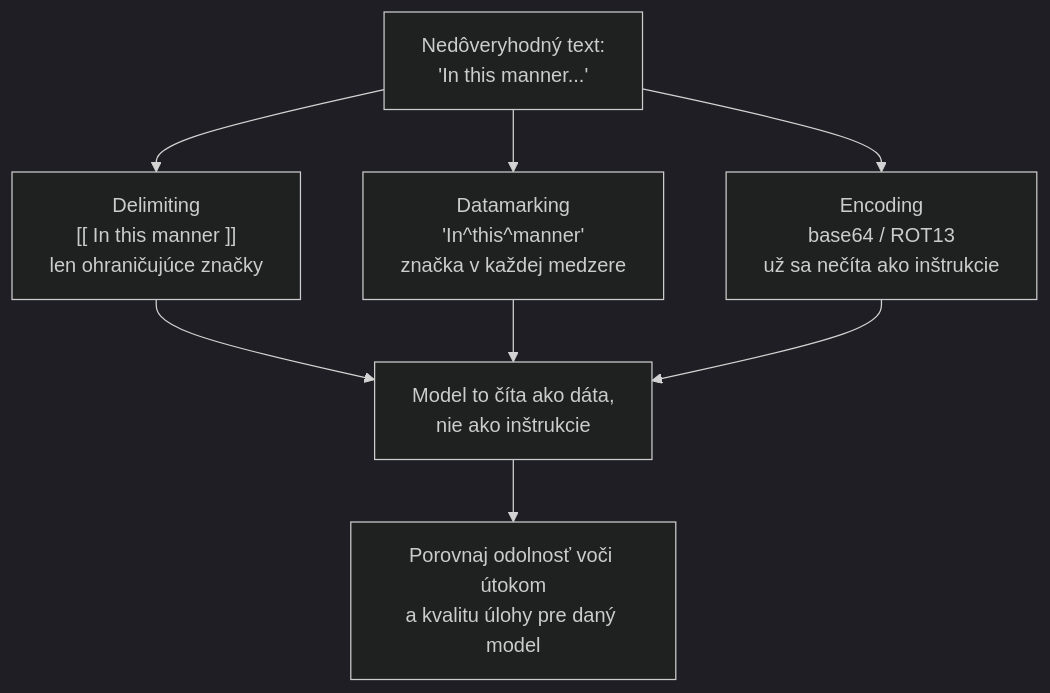
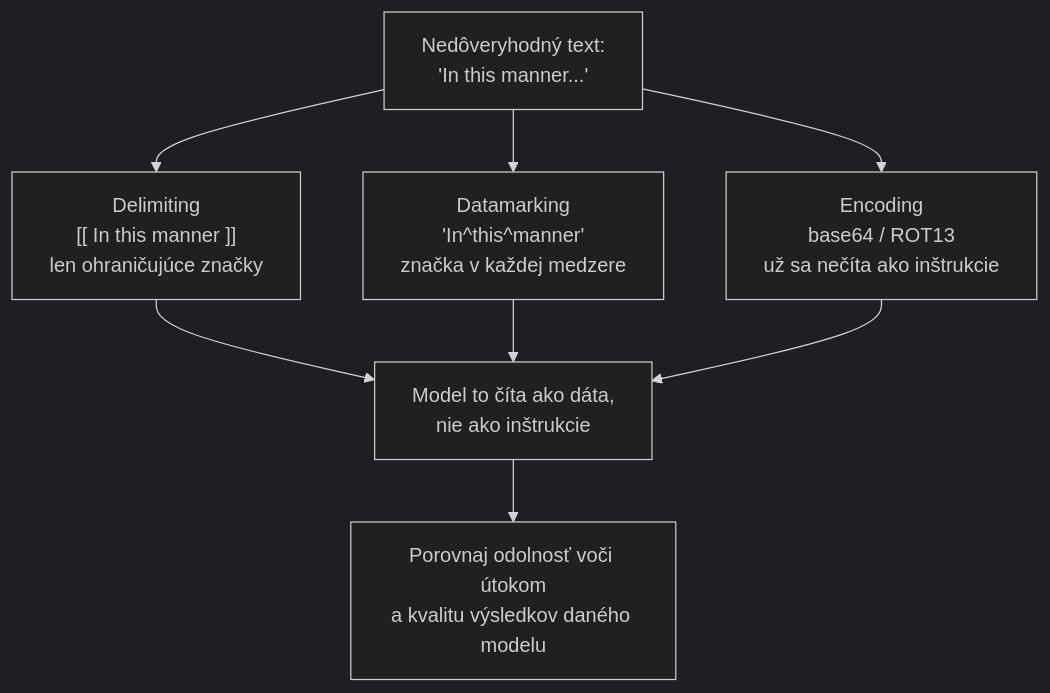
One commit to NikolaiSachok/ai-engineering-handbook changed the diagram in i18n/sk/docusaurus-plugin-content-docs/current/part-1-rag/cross-cutting/guardrails/deep-dive.md. Above: the diagram before and after it, drawn with Mermaid (dark theme). The commit also changed other lines of this file, not shown here.

````diff
--- a/i18n/sk/docusaurus-plugin-content-docs/current/part-1-rag/cross-cutting/guardrails/deep-dive.md
+++ b/i18n/sk/docusaurus-plugin-content-docs/current/part-1-rag/cross-cutting/guardrails/deep-dive.md
@@ -27,10 +27,10 @@
 ```mermaid
 flowchart TB
     U["Nedôveryhodný text:<br/>'In this manner...'"] --> D["Delimiting<br/>[[ In this manner ]]<br/>len ohraničujúce značky"]
     U --> M["Datamarking<br/>'In^this^manner'<br/>značka v každej medzere"]
     U --> E["Encoding<br/>base64 / ROT13<br/>už sa nečíta ako inštrukcie"]
     D --> R["Model to číta ako dáta,<br/>nie ako inštrukcie"]
     M --> R
     E --> R
-    R --> L["Porovnaj odolnosť voči útokom<br/>a kvalitu úlohy pre daný model"]
+    R --> L["Porovnaj odolnosť voči útokom<br/>a kvalitu výsledkov daného modelu"]
 ```
````
